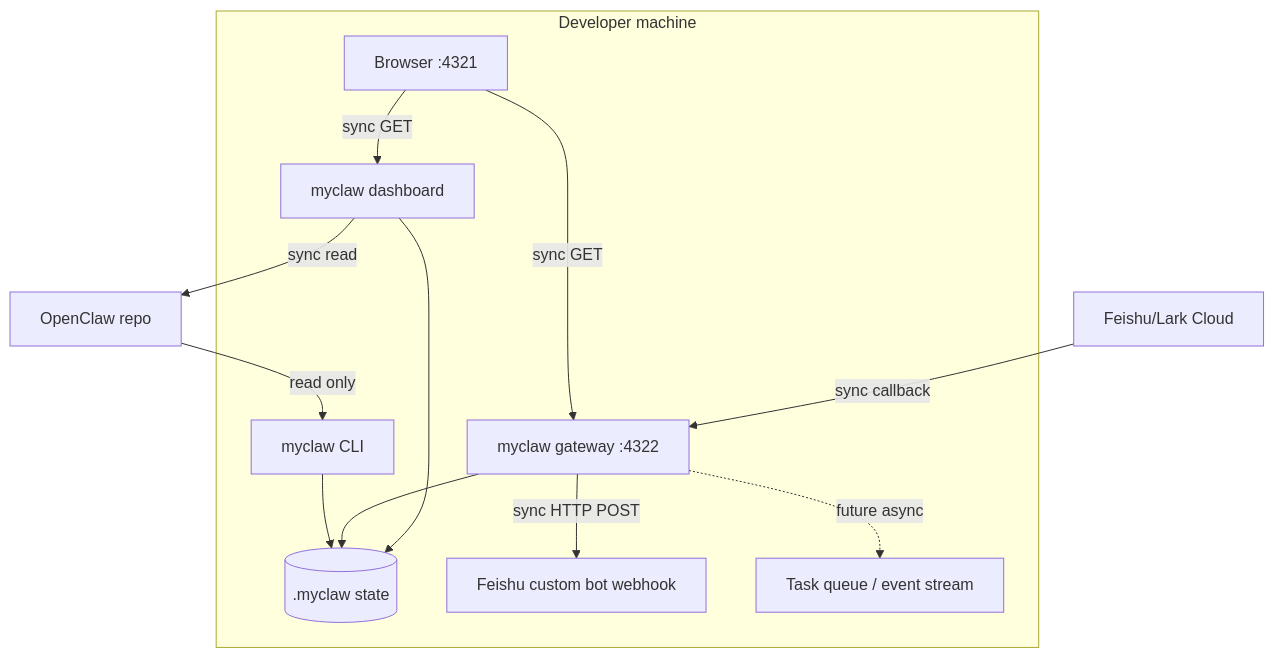
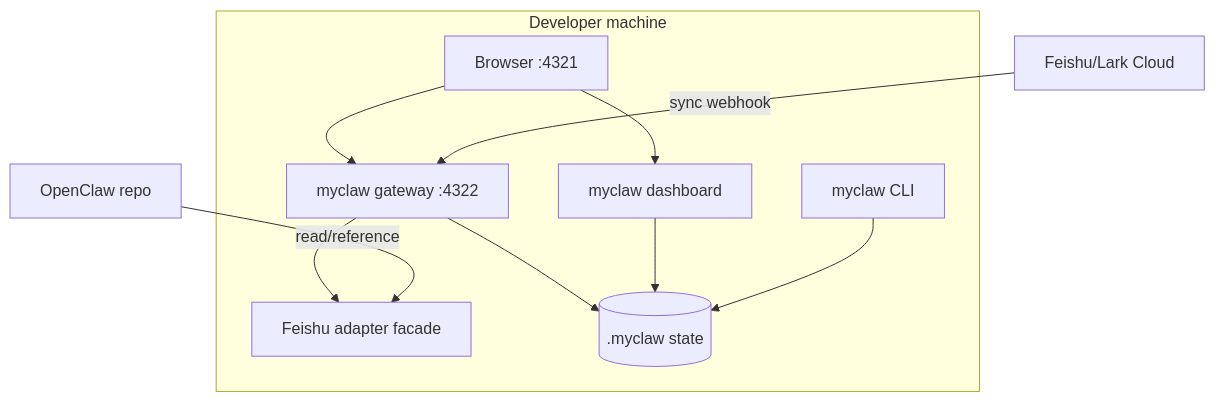
The eighth of 8 diagrams in docs/implementation-architecture.md (mayf3/myclaw), drawn with Mermaid before and after one commit. The commit also changed other lines of this file and 38 other files, not shown here.

Commit message:
feat: add feishu adapter facade

````diff
--- a/docs/implementation-architecture.md
+++ b/docs/implementation-architecture.md
@@ -277,15 +277,13 @@
 ```mermaid
 flowchart TB
   subgraph Localhost[Developer machine]
-    Browser[Browser :4321] -->|sync GET| Dashboard[myclaw dashboard]
-    Browser -->|sync GET| Gateway[myclaw gateway :4322]
-    CLI[myclaw CLI] --> State[(.myclaw state)]
-    Gateway --> State
+    Browser[Browser :4321] --> Dashboard[myclaw dashboard]
+    Browser --> Gateway[myclaw gateway :4322]
+    Gateway --> Adapter[Feishu adapter facade]
+    Gateway --> State[(.myclaw state)]
     Dashboard --> State
-    Gateway -->|sync HTTP POST| FeishuWebhook[Feishu custom bot webhook]
-    Gateway -.future async.-> Queue[Task queue / event stream]
+    CLI[myclaw CLI] --> State
   end
-  Feishu[Feishu/Lark Cloud] -->|sync callback| Gateway
-  OpenClawRepo[OpenClaw repo] -->|read only| CLI
-  Dashboard -->|sync read| OpenClawRepo
+  Feishu[Feishu/Lark Cloud] -->|sync webhook| Gateway
+  OpenClawRepo[OpenClaw repo] -->|read/reference| Adapter
 ```
````
